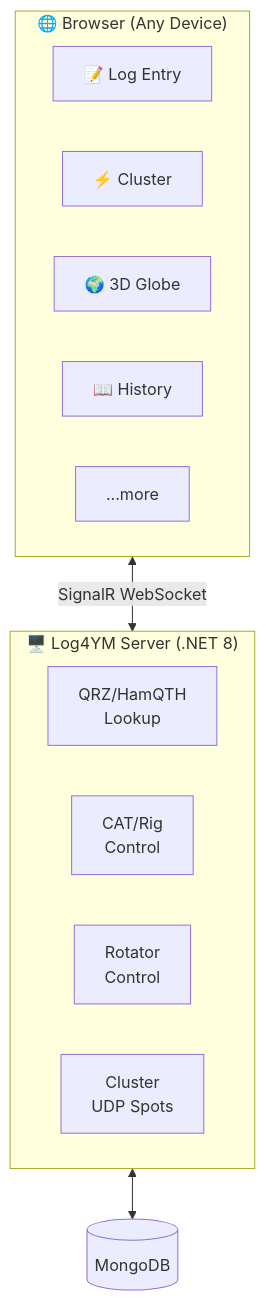
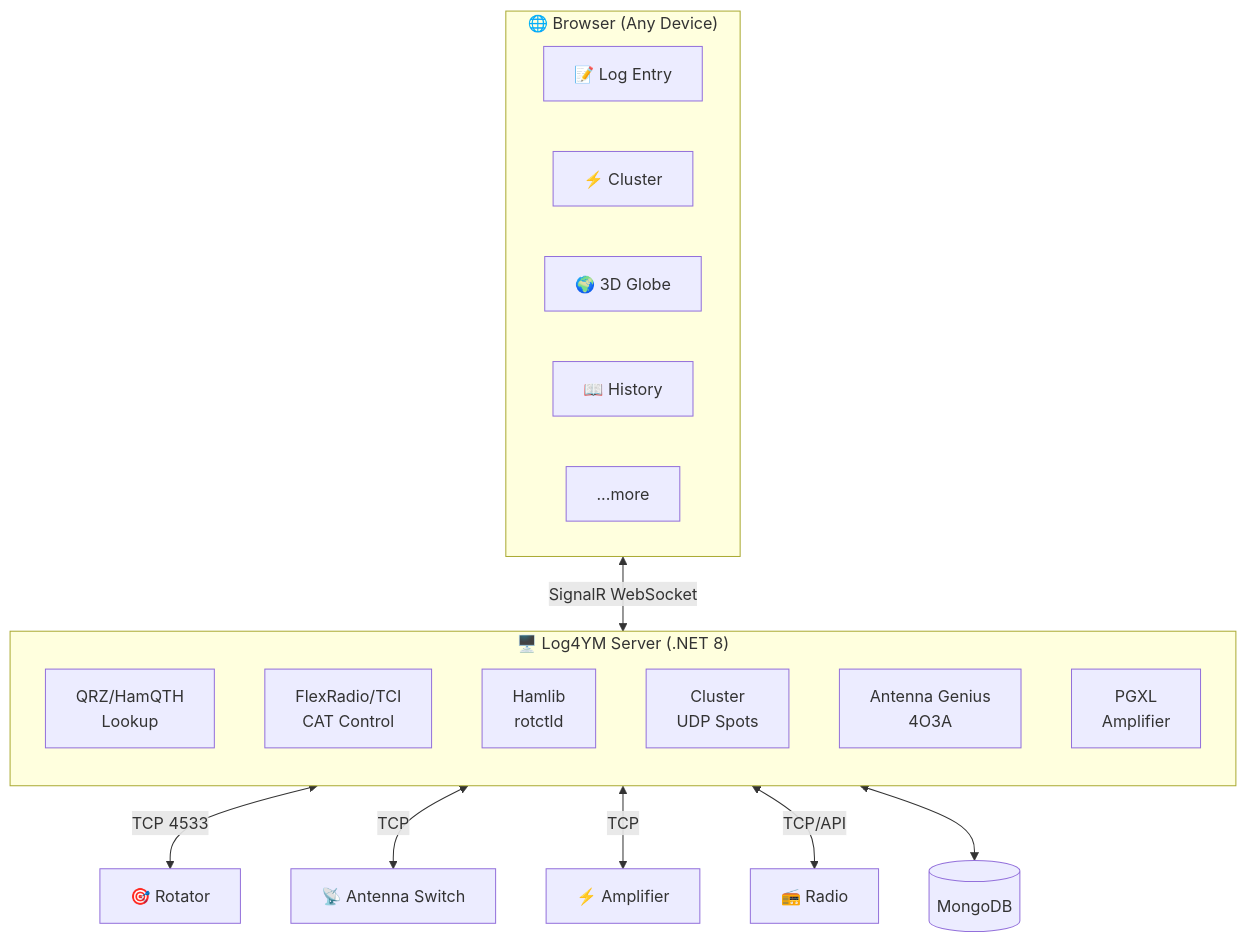
One commit to brianbruff/Log4YM changed the diagram in README.md. Above: the diagram before and after it, drawn with Mermaid. The commit also changed other lines of this file and 1 other file, not shown here.

````diff
--- a/README.md
+++ b/README.md
@@ -36,23 +40,29 @@
 ```mermaid
 flowchart TB
     subgraph Browser["🌐 Browser (Any Device)"]
         direction LR
         LogEntry["📝 Log Entry"]
         Cluster["⚡ Cluster"]
         Globe["🌍 3D Globe"]
         History["📖 History"]
         More["...more"]
     end
 
     Browser <-->|"SignalR WebSocket"| Server
 
     subgraph Server["🖥️ Log4YM Server (.NET 8)"]
-        direction LR
+        direction TB
         QRZ["QRZ/HamQTH\nLookup"]
-        CAT["CAT/Rig\nControl"]
-        Rotator["Rotator\nControl"]
+        CAT["FlexRadio/TCI\nCAT Control"]
+        Rotator["Hamlib\nrotctld"]
         ClusterUDP["Cluster\nUDP Spots"]
+        AG["Antenna Genius\n4O3A"]
+        PGXL["PGXL\nAmplifier"]
     end
 
     Server <--> DB[(MongoDB)]
+    Rotator <-->|"TCP 4533"| RotatorHW["🎯 Rotator"]
+    AG <-->|"TCP"| AGHW["📡 Antenna Switch"]
+    PGXL <-->|"TCP"| PGXLHW["⚡ Amplifier"]
+    CAT <-->|"TCP/API"| Radio["📻 Radio"]
 ```
````
